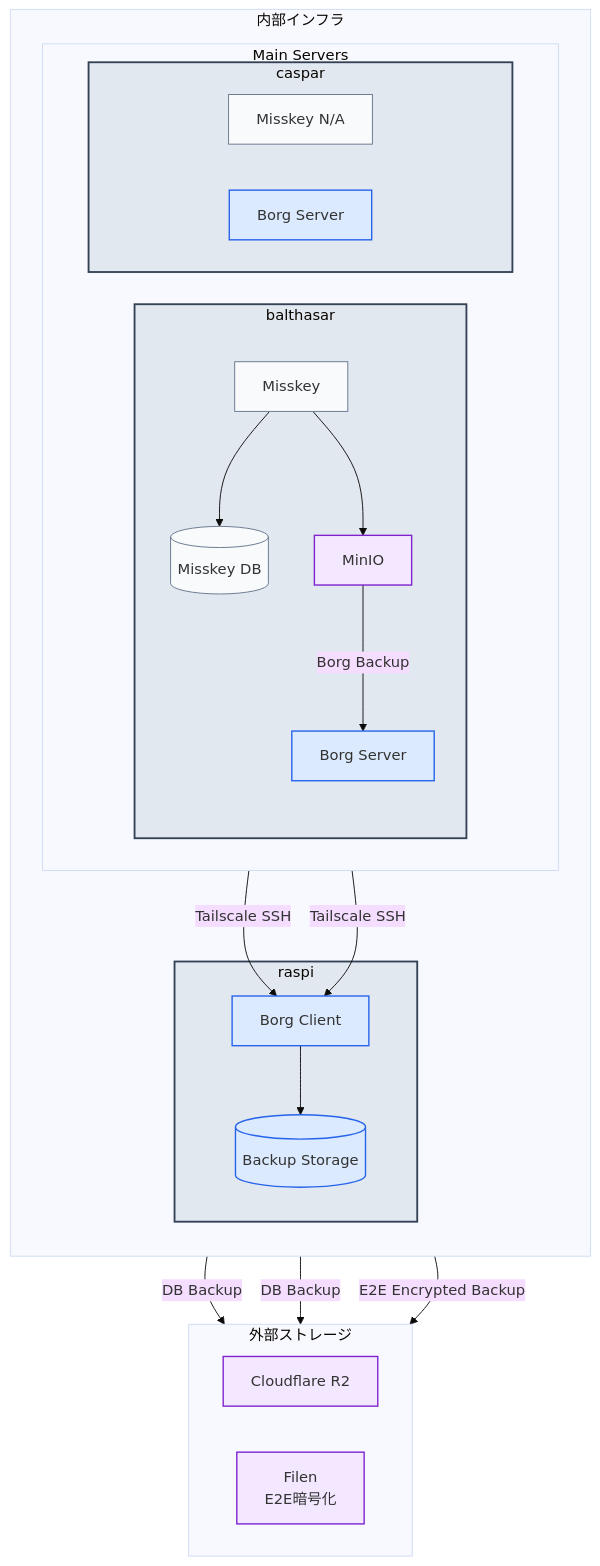
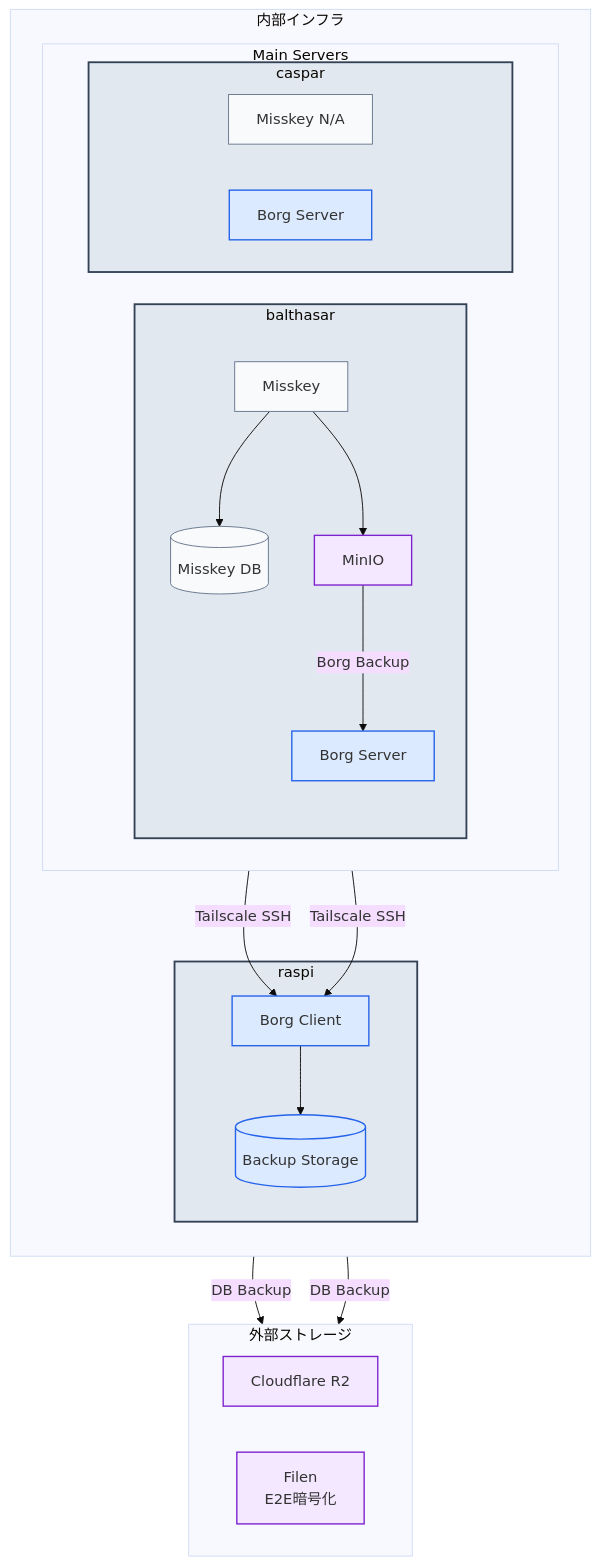
The second of 3 diagrams in README.md (yamisskey-dev/hosted-list), drawn with Mermaid (base theme) before and after one commit.

````diff
--- a/README.md
+++ b/README.md
@@ -111,67 +111,66 @@
 ```mermaid
 graph TB
 %% Style definitions
 classDef homeServer fill:#e2e8f0,stroke:#334155,stroke-width:2px
 classDef service fill:#f8fafc,stroke:#64748b,stroke-width:1px
 classDef backup fill:#dbeafe,stroke:#2563eb,stroke-width:1.5px
 classDef storage fill:#f3e8ff,stroke:#7e22ce,stroke-width:1.5px
 
 %% External storage services
 subgraph external[外部ストレージ]
     direction LR
     r2[Cloudflare R2]:::storage
     filen[Filen\nE2E暗号化]:::storage
 end
 
 %% Support Infrastructure 
 subgraph internal[内部インフラ]
     direction TB
     
     %% Borg backup server
     subgraph raspi[raspi]
         borg_client[Borg Client]:::backup
         borg_data[(Backup Storage)]:::backup
     end
     
     %% Main servers with backup systems
     subgraph main_servers[Main Servers]
         direction LR
         
         subgraph balthasar[balthasar]
             direction TB
             yamisskey[Misskey]:::service
             yamisskey_db[(Misskey DB)]:::service
             minio[MinIO]:::storage
             borg_b[Borg Server]:::backup
         end
         
         subgraph caspar[caspar]
             nayamisskey[Misskey N/A]:::service
             borg_c[Borg Server]:::backup
         end
     end
 end
 
 %% Internal service connections
 yamisskey --> yamisskey_db
 yamisskey --> minio
 
 %% DB backup connections to external storage
 yamisskey_db -- "DB Backup" --> r2
 yamisskey_db -- "DB Backup" --> filen
 
-%% MinIO backup connections (NEW)
-minio -- "E2E Encrypted Backup" --> filen
+%% MinIO backup connections (Borg only)
 minio -- "Borg Backup" --> borg_b
 
 %% Borg backup connections
 borg_b -- "Tailscale SSH" --> borg_client
 borg_c -- "Tailscale SSH" --> borg_client
 borg_client --> borg_data
 
 %% Apply styles
 class balthasar,caspar,raspi homeServer
 class yamisskey,nayamisskey,yamisskey_db service
 class borg_client,borg_b,borg_c,borg_data backup
 class r2,filen,minio storage
 ```
````
